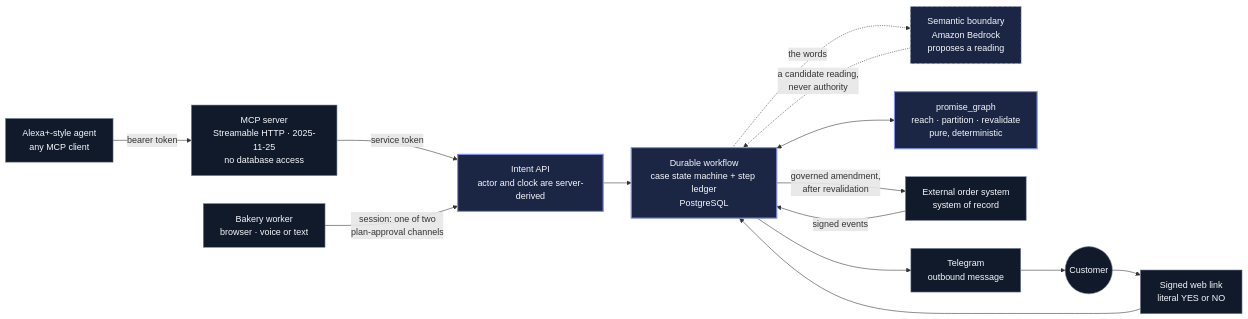
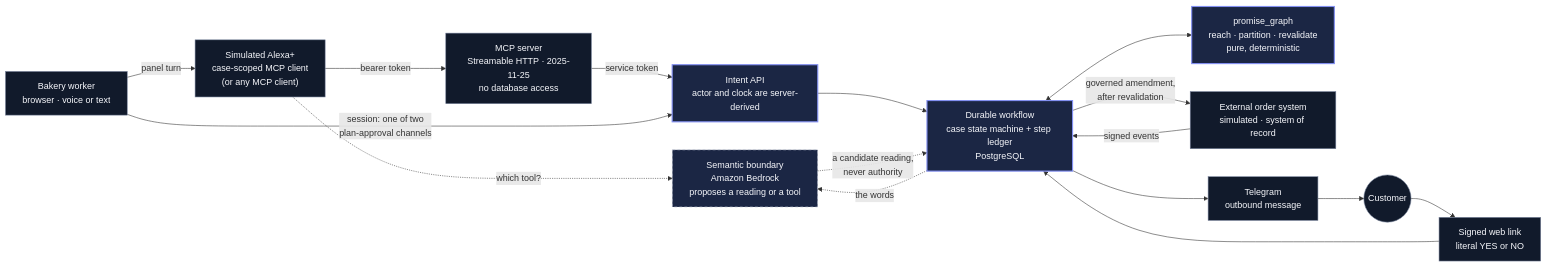
The diagram in README.md (Asembris/PromisePatch), drawn with Mermaid before and after one commit. The commit also changed other lines of this file, not shown here.

````diff
--- a/README.md
+++ b/README.md
@@ -188,31 +184,33 @@
 ```mermaid
 flowchart LR
     worker["Bakery worker<br/>browser · voice or text"]
-    agent["Alexa+-style agent<br/>any MCP client"]
+    agent["Simulated Alexa+<br/>case-scoped MCP client<br/>(or any MCP client)"]
     mcp["MCP server<br/>Streamable HTTP · 2025-11-25<br/>no database access"]
     api["Intent API<br/>actor and clock are server-derived"]
-    model["Semantic boundary<br/>Amazon Bedrock<br/>proposes a reading"]
+    model["Semantic boundary<br/>Amazon Bedrock<br/>proposes a reading or a tool"]
     engine["promise_graph<br/>reach · partition · revalidate<br/>pure, deterministic"]
     wf["Durable workflow<br/>case state machine + step ledger<br/>PostgreSQL"]
-    oms["External order system<br/>system of record"]
+    oms["External order system<br/>simulated · system of record"]
     tg["Telegram<br/>outbound message"]
     link["Signed web link<br/>literal YES or NO"]
     customer(("Customer"))
 
+    worker -->|"panel turn"| agent
+    agent -. "which tool?" .-> model
     agent -->|bearer token| mcp -->|service token| api
     worker -->|"session: one of two<br/>plan-approval channels"| api
     api --> wf
     wf -. "the words" .-> model
     model -. "a candidate reading,<br/>never authority" .-> wf
     wf <--> engine
     wf -->|"governed amendment,<br/>after revalidation"| oms
     oms -->|signed events| wf
     wf --> tg --> customer --> link --> wf
 
     classDef authority fill:#1B2644,stroke:#8390F2,stroke-width:2px,color:#F7F8FC
     classDef understanding fill:#1B2644,stroke:#AEB6C8,stroke-dasharray:5 4,color:#F7F8FC
     classDef outside fill:#111A2B,stroke:#76819A,color:#F7F8FC
     class engine,wf,api authority
     class model understanding
     class worker,agent,mcp,oms,tg,link,customer outside
 ```
````
